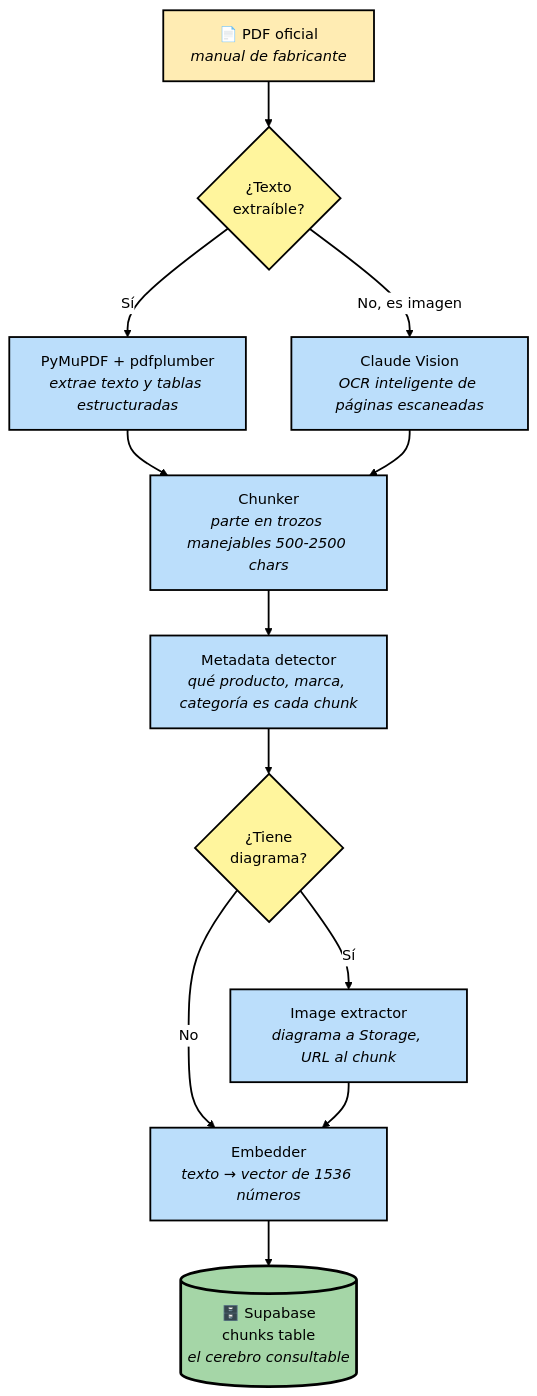
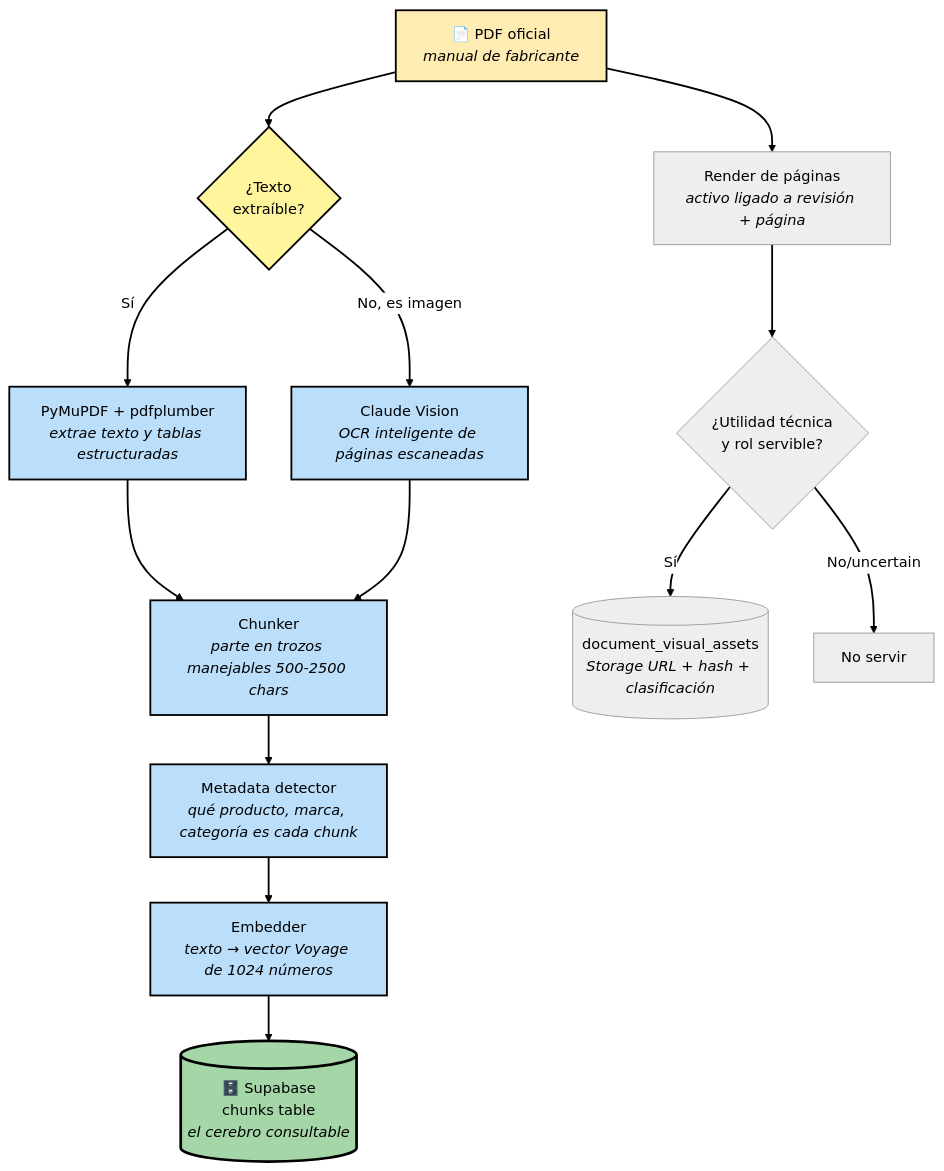
Before and after one commit to albertofontiber/technical_bot: the fourth of 8 diagrams in docs/ARCHITECTURE.md, drawn with Mermaid (neutral theme). The commit also changed other lines of this file and 61 other files, not shown here.

````diff
--- a/docs/ARCHITECTURE.md
+++ b/docs/ARCHITECTURE.md
@@ -320,27 +339,26 @@
 ```mermaid
 flowchart TB
     A[📄 PDF oficial<br><i>manual de fabricante</i>] --> B{¿Texto<br>extraíble?}
     B -->|Sí| C[PyMuPDF + pdfplumber<br><i>extrae texto y tablas estructuradas</i>]
     B -->|No, es imagen| D[Claude Vision<br><i>OCR inteligente de páginas escaneadas</i>]
     C --> E[Chunker<br><i>parte en trozos manejables 500-2500 chars</i>]
     D --> E
     E --> F[Metadata detector<br><i>qué producto, marca, categoría es cada chunk</i>]
-    F --> G{¿Tiene<br>diagrama?}
-    G -->|Sí| H[Image extractor<br><i>diagrama a Storage, URL al chunk</i>]
-    G -->|No| I[Embedder<br><i>texto → vector de 1536 números</i>]
-    H --> I
+    F --> I[Embedder<br><i>texto → vector Voyage de 1024 números</i>]
     I --> J[(🗄️ Supabase<br>chunks table<br><i>el cerebro consultable</i>)]
+    A --> R[Render de páginas<br><i>activo ligado a revisión + página</i>]
+    R --> U{¿Utilidad técnica<br>y rol servible?}
+    U -->|Sí| V[(document_visual_assets<br><i>Storage URL + hash + clasificación</i>)]
+    U -->|No/uncertain| X[No servir]
     
     style A fill:#ffecb3,stroke:#000000,color:#000000,stroke-width:2px
     style B fill:#fff59d,stroke:#000000,color:#000000,stroke-width:2px
     style C fill:#bbdefb,stroke:#000000,color:#000000,stroke-width:2px
     style D fill:#bbdefb,stroke:#000000,color:#000000,stroke-width:2px
     style E fill:#bbdefb,stroke:#000000,color:#000000,stroke-width:2px
     style F fill:#bbdefb,stroke:#000000,color:#000000,stroke-width:2px
-    style G fill:#fff59d,stroke:#000000,color:#000000,stroke-width:2px
-    style H fill:#bbdefb,stroke:#000000,color:#000000,stroke-width:2px
     style I fill:#bbdefb,stroke:#000000,color:#000000,stroke-width:2px
     style J fill:#a5d6a7,stroke:#000000,color:#000000,stroke-width:3px
 
     linkStyle default stroke:#000000,stroke-width:2px
 ```
````
